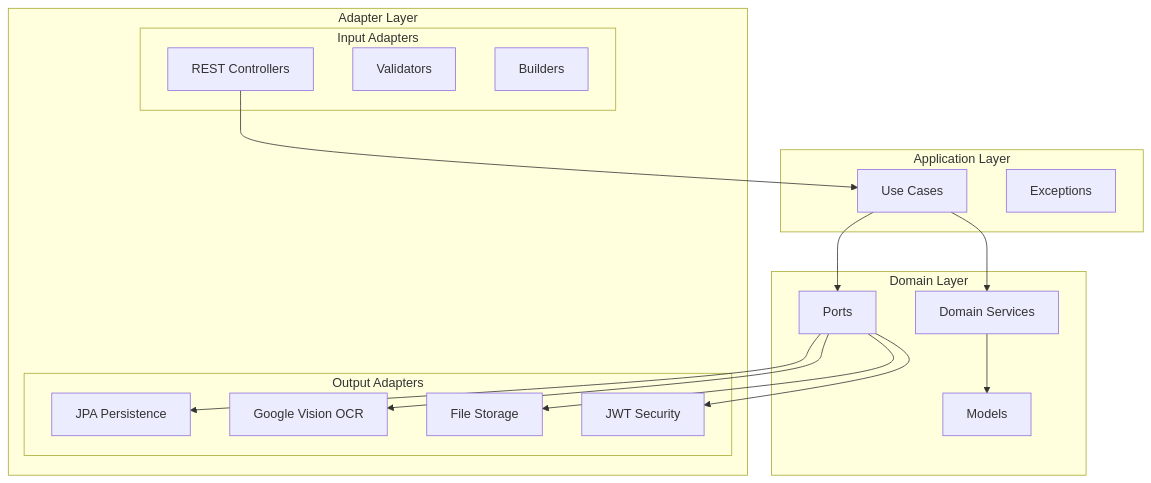
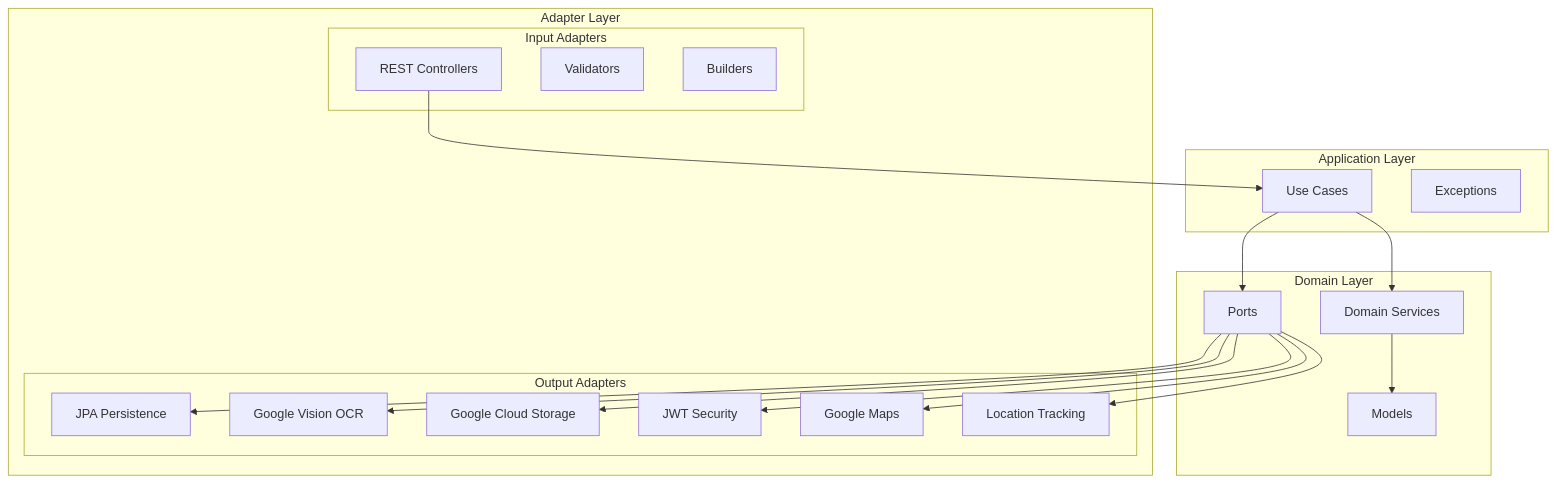
Before and after one commit to fttmatteo/messenger-backend: the first of 3 diagrams in README.md, drawn with Mermaid. The commit also changed other lines of this file and 1 other file, not shown here.

Commit message:
feat: Add real-time location tracking, Google Maps integration, and Google Cloud Storage details to READMEs.

````diff
--- a/README.md
+++ b/README.md
@@ -25,36 +25,40 @@
 ```mermaid
 graph TB
     subgraph "Adapter Layer"
         subgraph "Input Adapters"
             REST[REST Controllers]
             VAL[Validators]
             BUILD[Builders]
         end
         subgraph "Output Adapters"
             PERSIST[JPA Persistence]
             OCR[Google Vision OCR]
-            FILES[File Storage]
+            STORAGE[Google Cloud Storage]
             SEC[JWT Security]
+            MAPS[Google Maps]
+            TRACKING[Location Tracking]
         end
     end
     
     subgraph "Application Layer"
         UC[Use Cases]
         EXC[Exceptions]
     end
     
     subgraph "Domain Layer"
         MOD[Models]
         PORTS[Ports]
         SVC[Domain Services]
     end
     
     REST --> UC
     UC --> PORTS
     PORTS --> PERSIST
     PORTS --> OCR
-    PORTS --> FILES
+    PORTS --> STORAGE
     PORTS --> SEC
+    PORTS --> MAPS
+    PORTS --> TRACKING
     UC --> SVC
     SVC --> MOD
 ```
````
